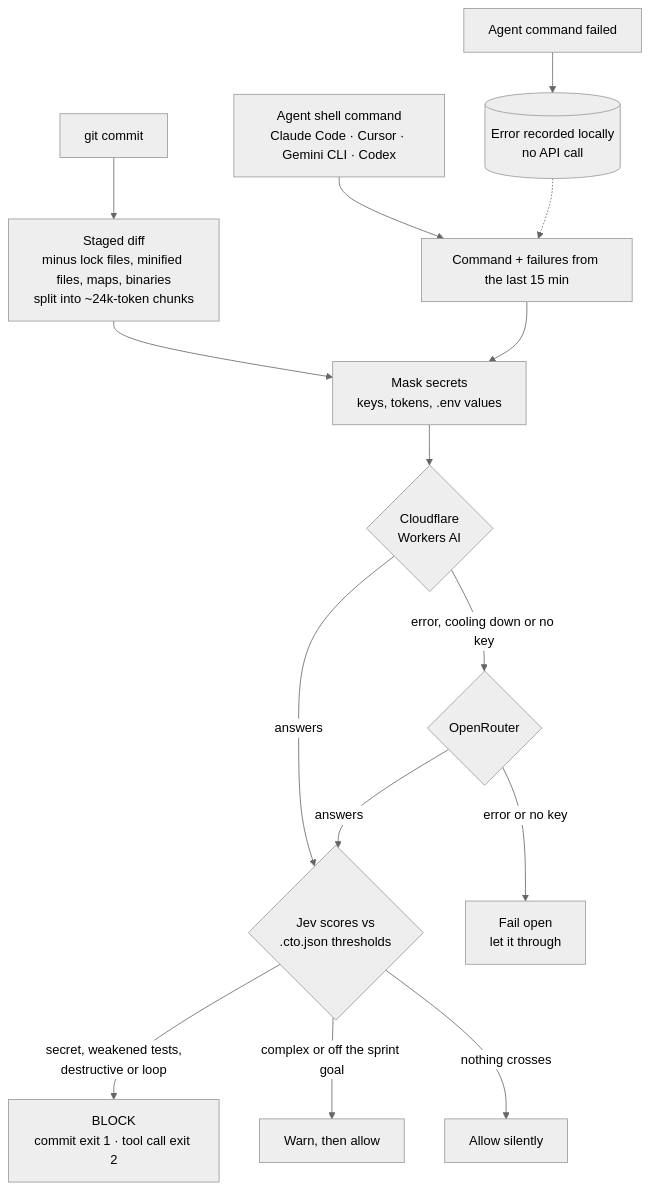
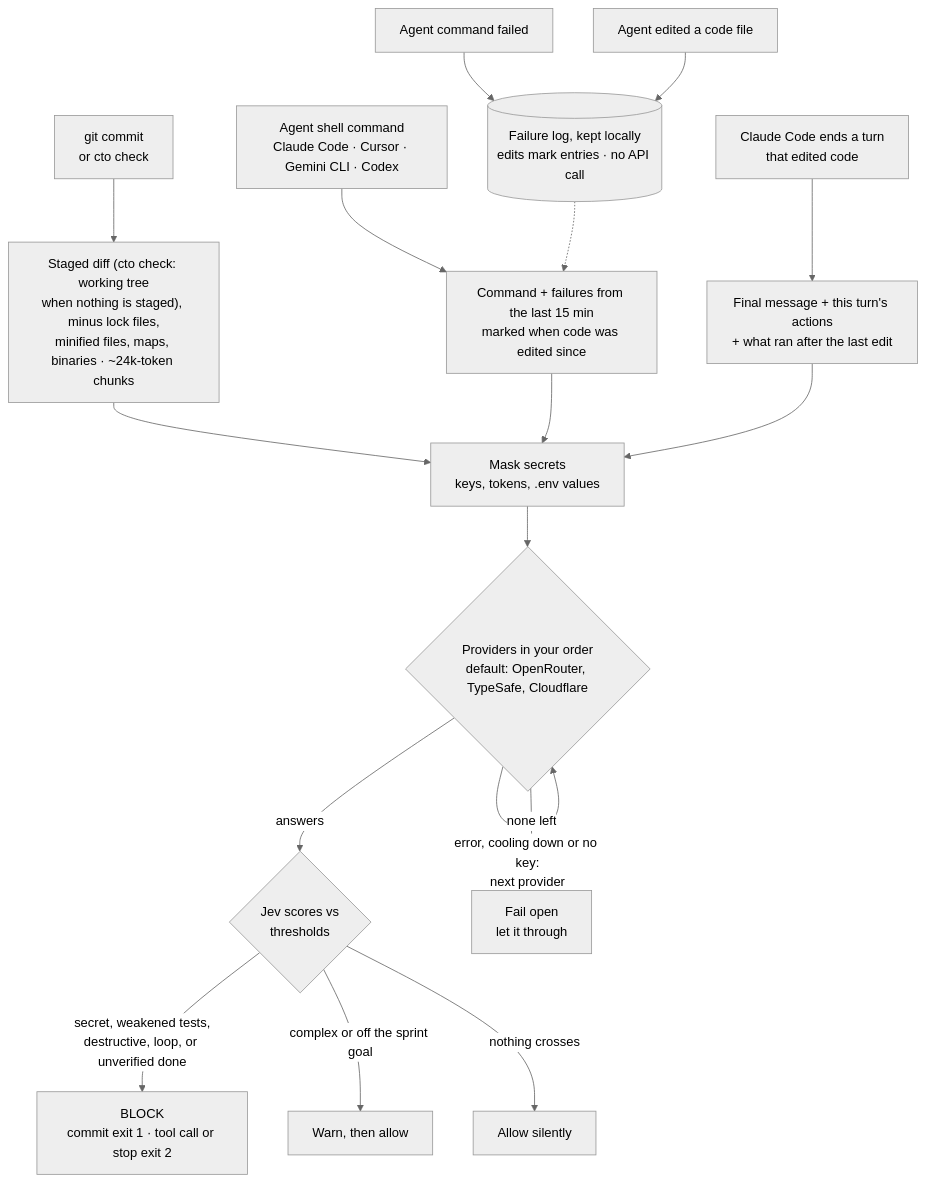
One commit to rainday/your-cto-jev changed the diagram in README.md. Above: the diagram before and after it, drawn with Mermaid (neutral theme). The commit also changed other lines of this file, not shown here.

Commit message:
README: document done-check and cto check data flow, refresh, current flow
- What leaves your machine now covers the done check (final message and
  the turn's action log) and cto check (new untracked files).
- Flowchart shows provider order, the done check and edit marking.
- Demo threshold for infinite_loop is 0.6; CTO_PROVIDER lists typesafe;
  command list adds setup --refresh and what uninstall removes.

Claude-Session: https://claude.ai/code/session_01433vk1imWDCTezghn4cu9c

````diff
--- a/README.md
+++ b/README.md
@@ -51,17 +51,19 @@
 ```mermaid
 flowchart TD
-    A["git commit"] --> B["Staged diff<br/>minus lock files, minified files, maps, binaries<br/>split into ~24k-token chunks"]
-    C["Agent shell command<br/>Claude Code · Cursor · Gemini CLI · Codex"] --> D["Command + failures from the last 15 min"]
-    E["Agent command failed"] --> F[("Error recorded locally<br/>no API call")]
+    A["git commit<br/>or cto check"] --> B["Staged diff (cto check: working tree<br/>when nothing is staged), minus lock files,<br/>minified files, maps, binaries · ~24k-token chunks"]
+    C["Agent shell command<br/>Claude Code · Cursor · Gemini CLI · Codex"] --> D["Command + failures from the last 15 min<br/>marked when code was edited since"]
+    E["Agent command failed"] --> F[("Failure log, kept locally<br/>edits mark entries · no API call")]
+    G["Agent edited a code file"] --> F
     F -.-> D
+    H["Claude Code ends a turn<br/>that edited code"] --> I["Final message + this turn's actions<br/>+ what ran after the last edit"]
     B --> M["Mask secrets<br/>keys, tokens, .env values"]
     D --> M
-    M --> P1{"Cloudflare<br/>Workers AI"}
-    P1 -- "answers" --> J{"Jev scores vs<br/>.cto.json thresholds"}
-    P1 -- "error, cooling down or no key" --> P2{"OpenRouter"}
-    P2 -- "answers" --> J
-    P2 -- "error or no key" --> O["Fail open<br/>let it through"]
-    J -- "secret, weakened tests,<br/>destructive or loop" --> X["BLOCK<br/>commit exit 1 · tool call exit 2"]
+    I --> M
+    M --> P1{"Providers in your order<br/>default: OpenRouter, TypeSafe, Cloudflare"}
+    P1 -- "answers" --> J{"Jev scores vs<br/>thresholds"}
+    P1 -- "error, cooling down or no key:<br/>next provider" --> P1
+    P1 -- "none left" --> O["Fail open<br/>let it through"]
+    J -- "secret, weakened tests,<br/>destructive, loop, or unverified done" --> X["BLOCK<br/>commit exit 1 · tool call or stop exit 2"]
     J -- "complex or off the sprint goal" --> W["Warn, then allow"]
     J -- "nothing crosses" --> S["Allow silently"]
 ```
````
